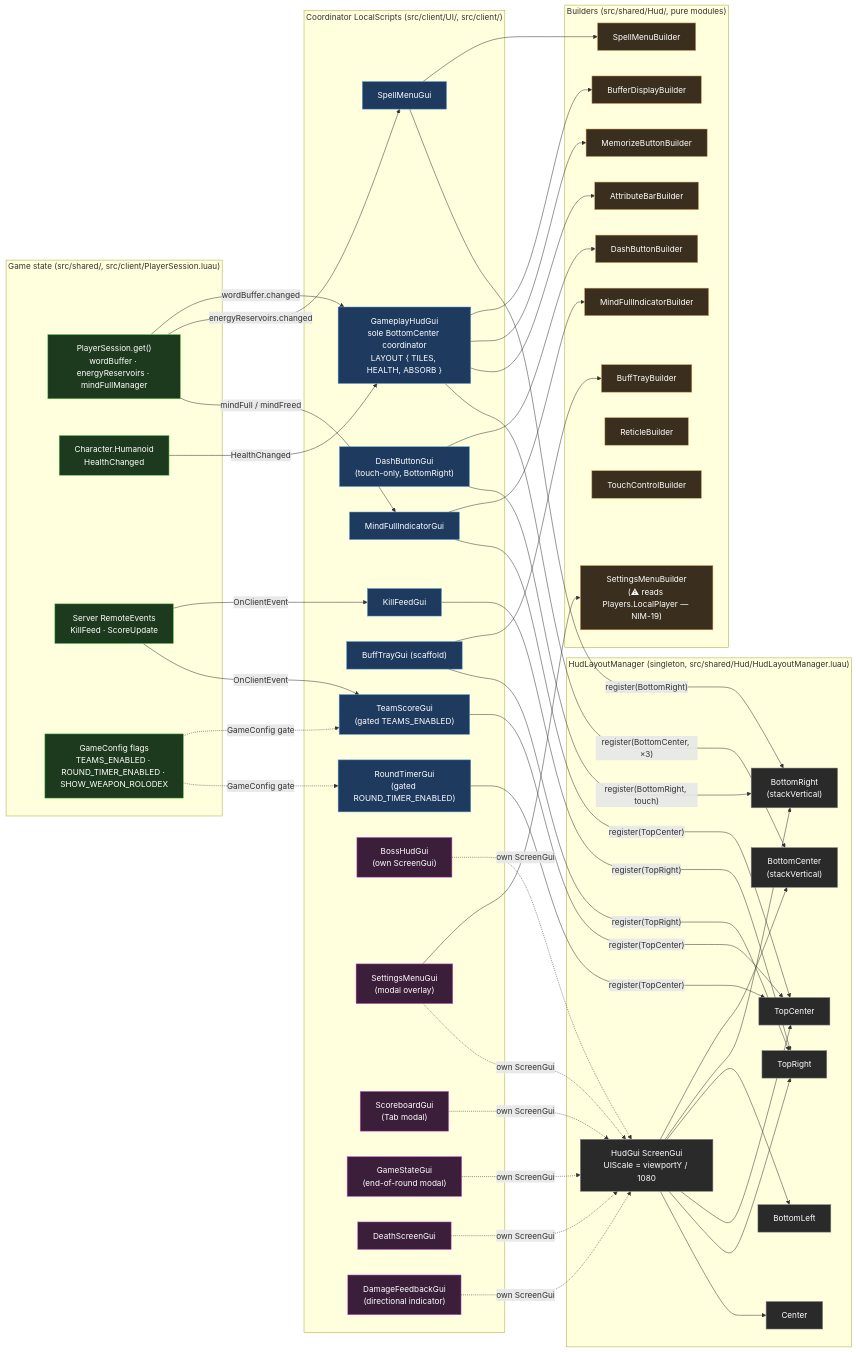
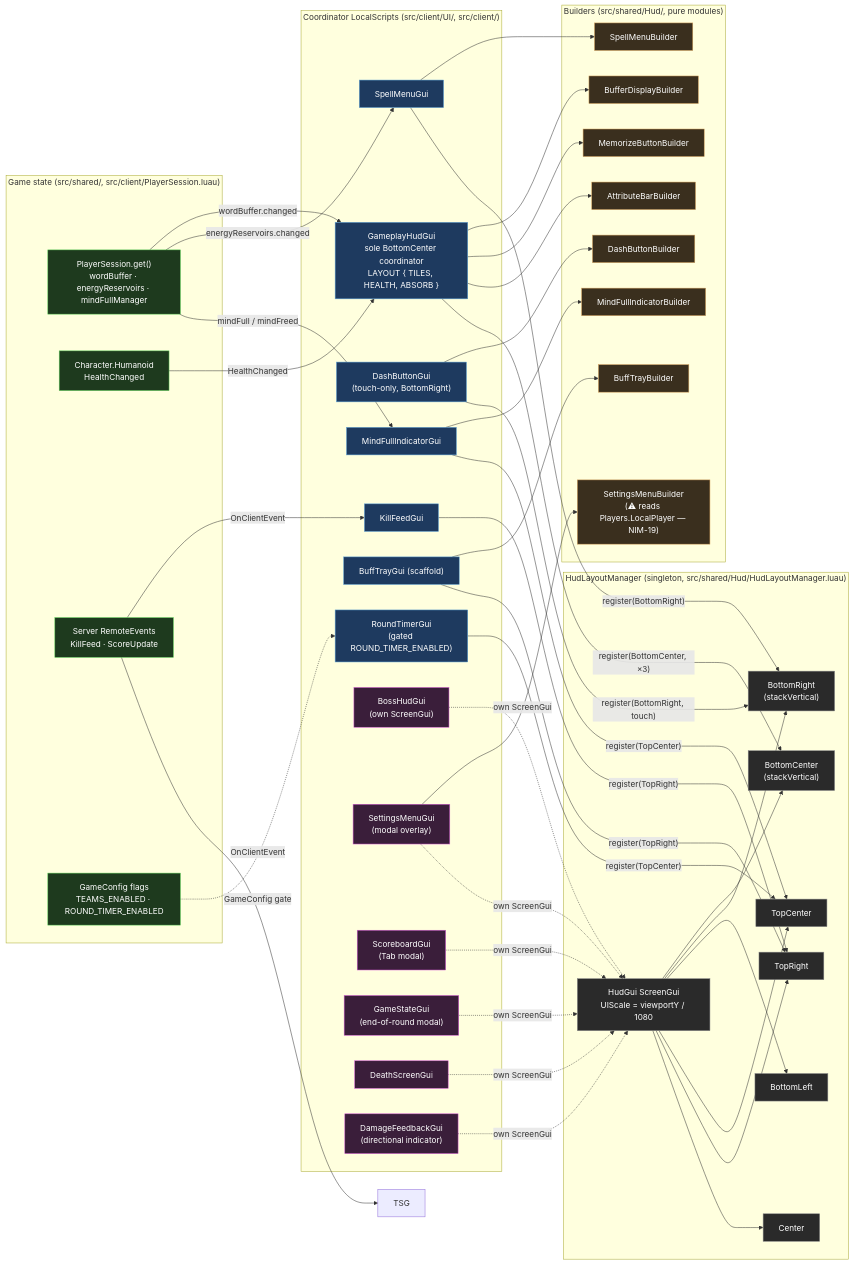
The diagram in wiki/systems/HUD.md (Lukizanda/brain-fighter), drawn with Mermaid before and after one commit. The commit also changed other lines of this file and 32 other files, not shown here.

````diff
--- a/wiki/systems/HUD.md
+++ b/wiki/systems/HUD.md
@@ -24,7 +24,7 @@
     PS["PlayerSession.get()<br/>wordBuffer · energyReservoirs · mindFullManager"]:::state
     HUM["Character.Humanoid<br/>HealthChanged"]:::state
     REM["Server RemoteEvents<br/>KillFeed · ScoreUpdate"]:::state
-    CFG["GameConfig flags<br/>TEAMS_ENABLED · ROUND_TIMER_ENABLED · SHOW_WEAPON_ROLODEX"]:::state
+    CFG["GameConfig flags<br/>TEAMS_ENABLED · ROUND_TIMER_ENABLED"]:::state
   end
 
   subgraph LM["HudLayoutManager (singleton, src/shared/Hud/HudLayoutManager.luau)"]
@@ -45,7 +45,6 @@
     MFI["MindFullIndicatorGui"]:::coord
     KFG["KillFeedGui"]:::coord
     BTG["BuffTrayGui (scaffold)"]:::coord
-    TSG["TeamScoreGui<br/>(gated TEAMS_ENABLED)"]:::coord
     RTG["RoundTimerGui<br/>(gated ROUND_TIMER_ENABLED)"]:::coord
     BHG["BossHudGui<br/>(own ScreenGui)"]:::modal
     SMGUI["SettingsMenuGui<br/>(modal overlay)"]:::modal
@@ -63,8 +62,6 @@
     MFB["MindFullIndicatorBuilder"]:::builder
     DBB["DashButtonBuilder"]:::builder
     BTB["BuffTrayBuilder"]:::builder
-    RTB["ReticleBuilder"]:::builder
-    TCB["TouchControlBuilder"]:::builder
     STB["SettingsMenuBuilder<br/>(⚠ reads Players.LocalPlayer — NIM-19)"]:::builder
   end
 
@@ -82,7 +79,6 @@
   MFI -- "register(TopCenter)" --> TC
   KFG -- "register(TopRight)" --> TR
   BTG -- "register(TopRight)" --> TR
-  TSG -- "register(TopCenter)" --> TC
   RTG -- "register(TopCenter)" --> TC
   DBG -- "register(BottomRight, touch)" --> BR
 
@@ -100,5 +96,5 @@
   PS -- "mindFull / mindFreed" --> MFI
   HUM -- "HealthChanged" --> GHUD
   REM -- "OnClientEvent" --> KFG & TSG
-  CFG -. "GameConfig gate" .-> TSG & RTG
+  CFG -. "GameConfig gate" .-> RTG
 ```
````
